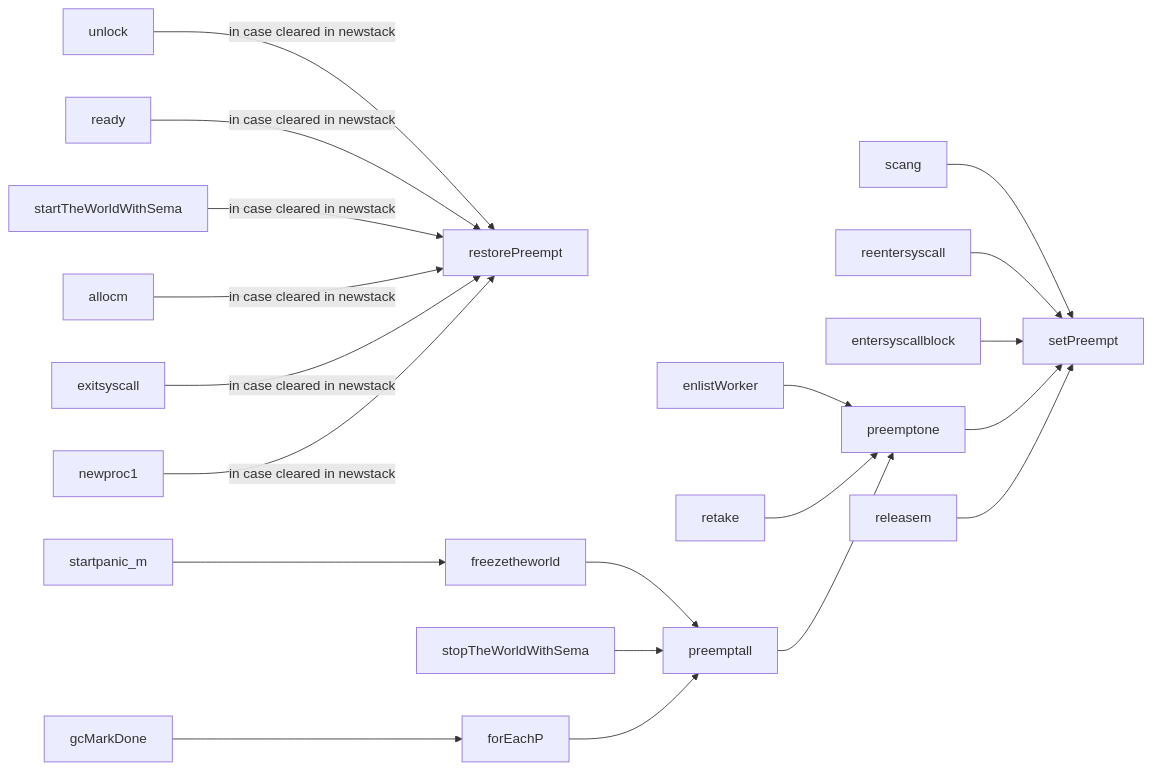
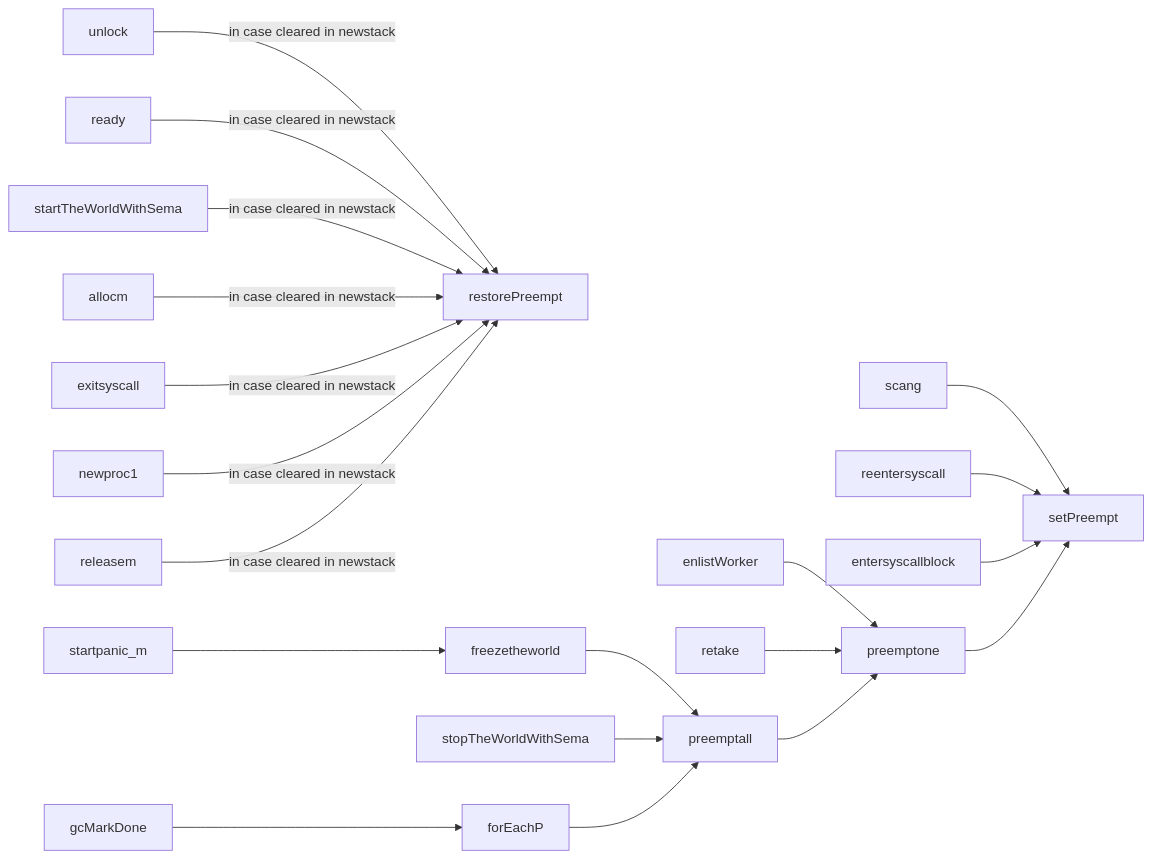
Diagram 15 of 15 in scheduler.md (cch123/golang-notes), drawn with Mermaid before and after one commit. The commit also changed other lines of this file, not shown here.

````diff
--- a/scheduler.md
+++ b/scheduler.md
@@ -2318,24 +2318,25 @@
 ```mermaid
 graph LR
 
 unlock --> |in case cleared in newstack|restorePreempt
 ready --> |in case cleared in newstack|restorePreempt
-scang --> setPreempt
 startTheWorldWithSema --> |in case cleared in newstack|restorePreempt
 allocm --> |in case cleared in newstack|restorePreempt
+exitsyscall --> |in case cleared in newstack|restorePreempt
+newproc1--> |in case cleared in newstack|restorePreempt
+releasem -->  |in case cleared in newstack|restorePreempt
+
+scang --> setPreempt
 reentersyscall --> setPreempt
 entersyscallblock --> setPreempt
-exitsyscall --> |in case cleared in newstack|restorePreempt
-newproc1--> |in case cleared in newstack|restorePreempt
 preemptone--> setPreempt
-releasem --> setPreempt
 
 enlistWorker --> preemptone
 retake --> preemptone
 preemptall --> preemptone
 freezetheworld --> preemptall
 stopTheWorldWithSema --> preemptall
 forEachP --> preemptall
 startpanic_m --> freezetheworld
 gcMarkDone --> forEachP
 ```
````
